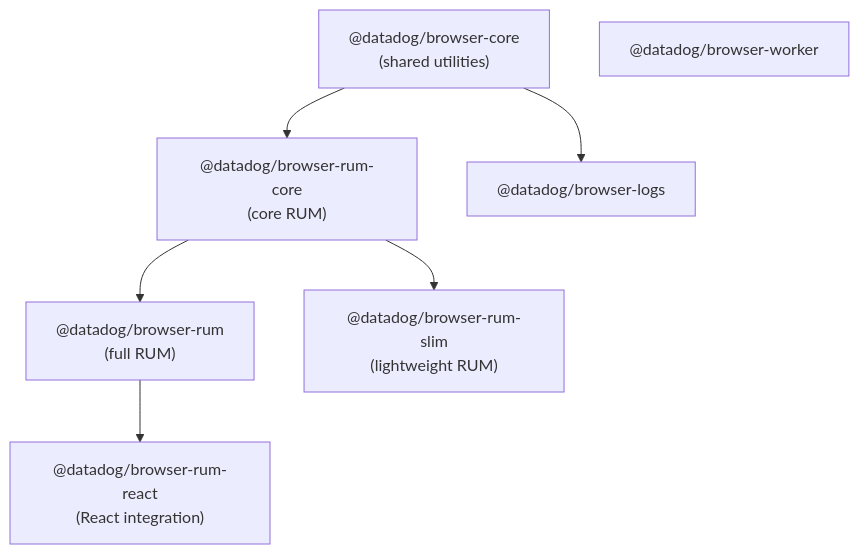
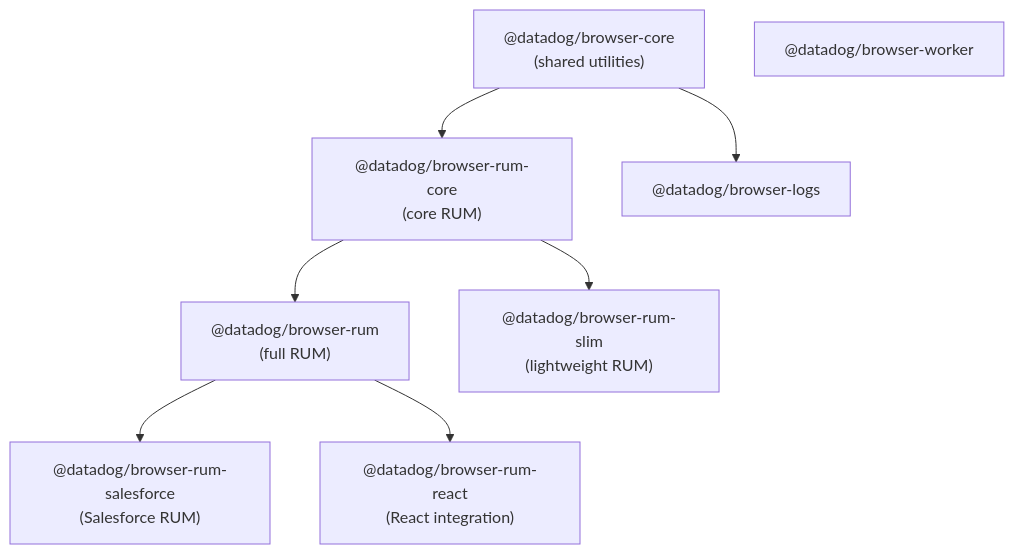
The first of 3 diagrams in docs/ARCHITECTURE.md (DataDog/browser-sdk), drawn with Mermaid before and after one commit. The commit also changed 15 other files, not shown here.

````diff
--- a/docs/ARCHITECTURE.md
+++ b/docs/ARCHITECTURE.md
@@ -9,16 +9,18 @@
 ```mermaid
 graph TD
   core["@datadog/browser-core\n(shared utilities)"]
   rum-core["@datadog/browser-rum-core\n(core RUM)"]
   rum["@datadog/browser-rum\n(full RUM)"]
+  salesforce["@datadog/browser-rum-salesforce\n(Salesforce RUM)"]
   rum-slim["@datadog/browser-rum-slim\n(lightweight RUM)"]
   rum-react["@datadog/browser-rum-react\n(React integration)"]
   logs["@datadog/browser-logs"]
   worker["@datadog/browser-worker"]
 
   core --> rum-core
   core --> logs
   rum-core --> rum
+  rum --> salesforce
   rum-core --> rum-slim
   rum --> rum-react
 ```
````
